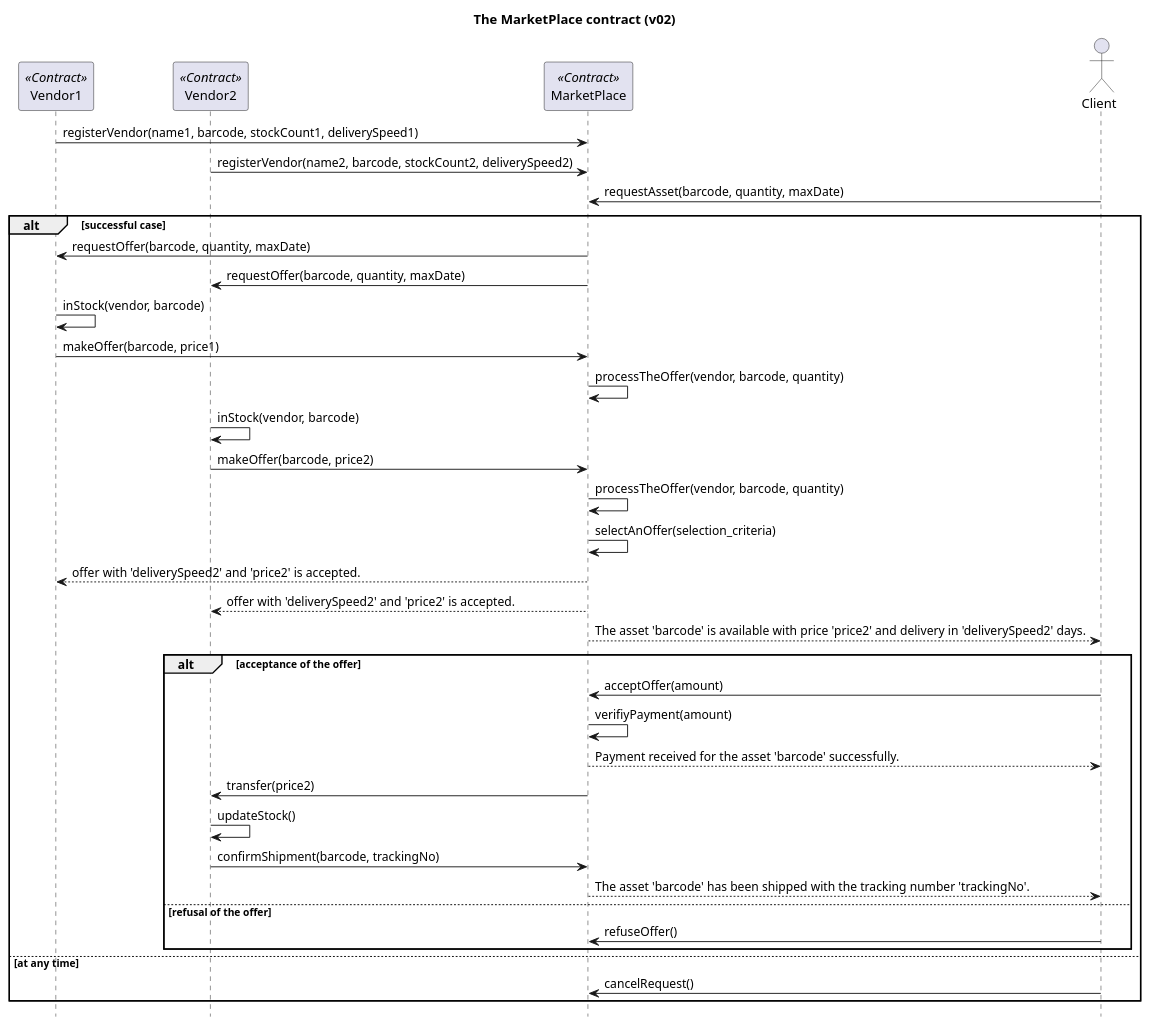
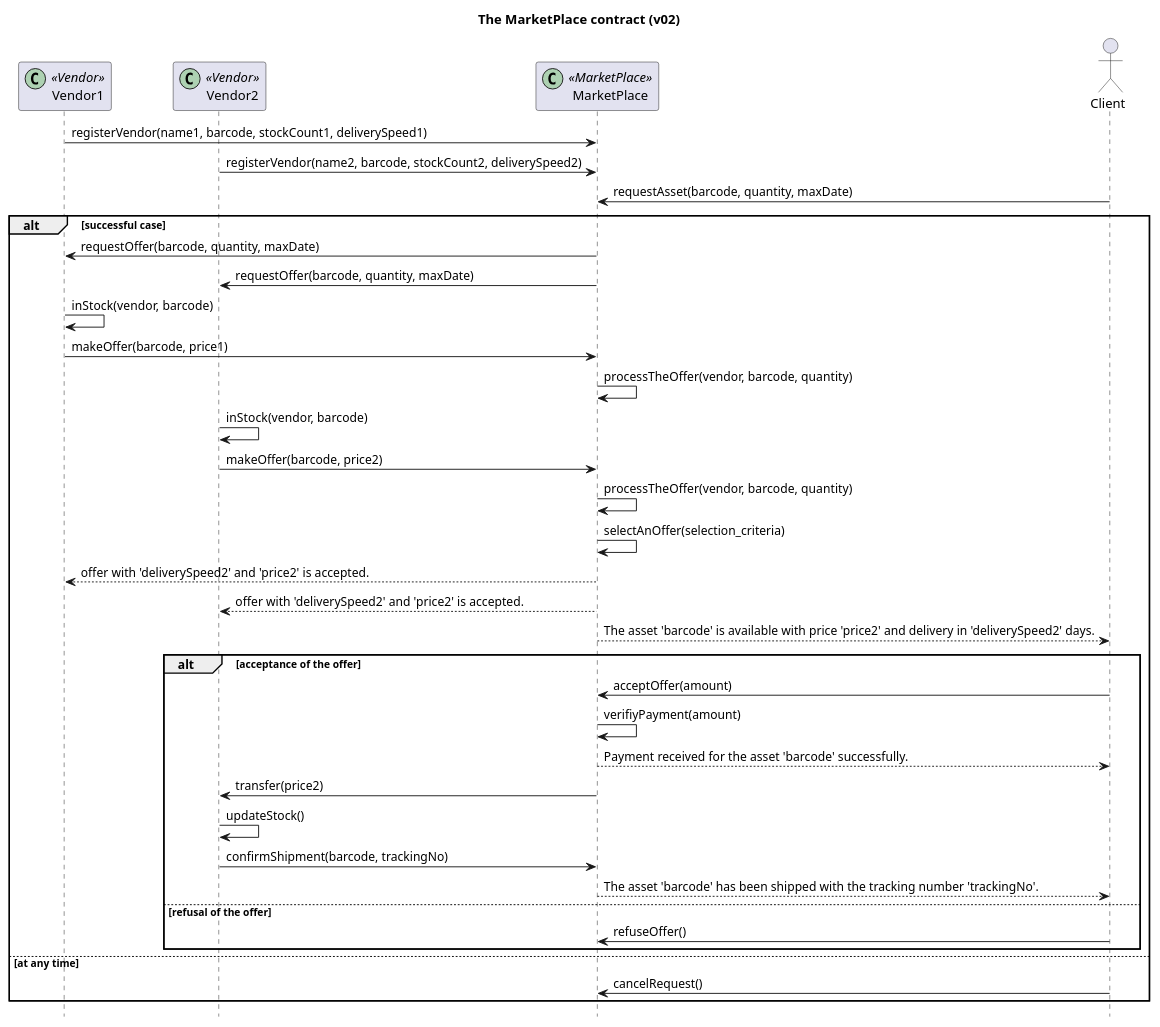
One commit to ogurcan/blockchain changed the diagram in ethereum/local-private-network/contracts/05-MarketPlace-v02/MarketPlace-v02.plantuml. Above: the diagram before and after it, drawn with PlantUML.

```diff
--- a/ethereum/local-private-network/contracts/05-MarketPlace-v02/MarketPlace-v02.plantuml
+++ b/ethereum/local-private-network/contracts/05-MarketPlace-v02/MarketPlace-v02.plantuml
@@ -1,41 +1,41 @@
 @startuml
 hide footbox
 title The MarketPlace contract (v02)
 
-participant Vendor1 <<Contract>>
-participant Vendor2 <<Contract>>
-participant MarketPlace <<Contract>>
+participant Vendor1 << (C,#ADD1B2) Vendor >>
+participant Vendor2 << (C,#ADD1B2) Vendor >>
+participant MarketPlace << (C,#ADD1B2) MarketPlace >>
 actor Client
 
 Vendor1->MarketPlace : registerVendor(name1, barcode, stockCount1, deliverySpeed1)
 Vendor2->MarketPlace : registerVendor(name2, barcode, stockCount2, deliverySpeed2)
 Client->MarketPlace : requestAsset(barcode, quantity, maxDate)
 
 alt successful case
    MarketPlace->Vendor1 : requestOffer(barcode, quantity, maxDate)
    MarketPlace->Vendor2 : requestOffer(barcode, quantity, maxDate)
    Vendor1->Vendor1 : inStock(vendor, barcode)
    Vendor1->MarketPlace : makeOffer(barcode, price1)      
    MarketPlace->MarketPlace : processTheOffer(vendor, barcode, quantity)
    Vendor2->Vendor2 : inStock(vendor, barcode)
    Vendor2->MarketPlace : makeOffer(barcode, price2)
    MarketPlace->MarketPlace : processTheOffer(vendor, barcode, quantity)
    MarketPlace->MarketPlace : selectAnOffer(selection_criteria)
    MarketPlace-->Vendor1 : offer with 'deliverySpeed2' and 'price2' is accepted.
    MarketPlace-->Vendor2 : offer with 'deliverySpeed2' and 'price2' is accepted.
    MarketPlace-->Client : The asset 'barcode' is available with price 'price2' and delivery in 'deliverySpeed2' days. 
    alt acceptance of the offer
       Client->MarketPlace : acceptOffer(amount)
       MarketPlace->MarketPlace : verifiyPayment(amount)
       MarketPlace-->Client : Payment received for the asset 'barcode' successfully.
       MarketPlace-> Vendor2: transfer(price2)
       Vendor2->Vendor2 : updateStock()
       Vendor2->MarketPlace : confirmShipment(barcode, trackingNo)
       MarketPlace-->Client : The asset 'barcode' has been shipped with the tracking number 'trackingNo'.
    else refusal of the offer
       Client->MarketPlace : refuseOffer()
    end
 else at any time
    Client->MarketPlace : cancelRequest()
 end
 @enduml
```
